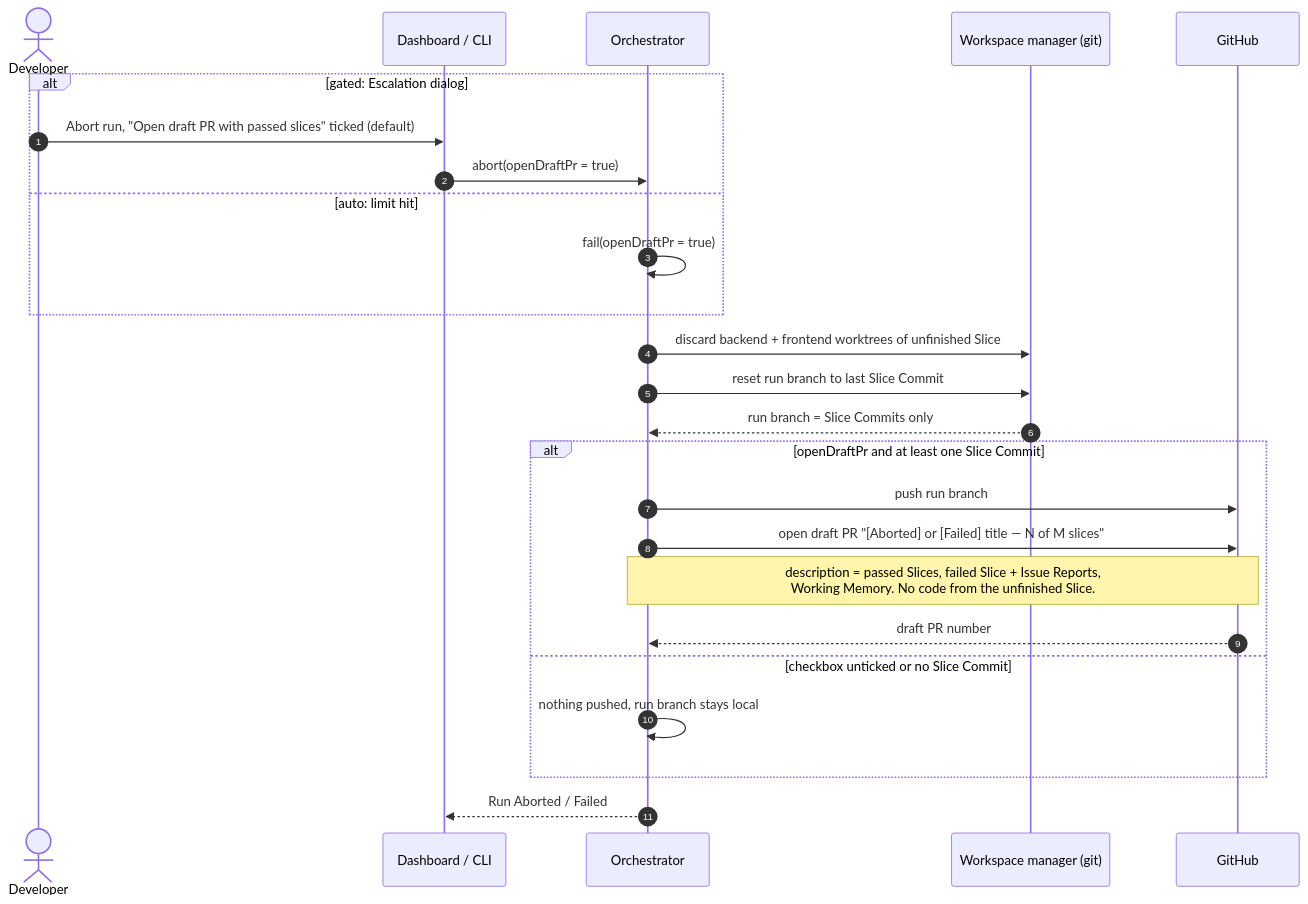
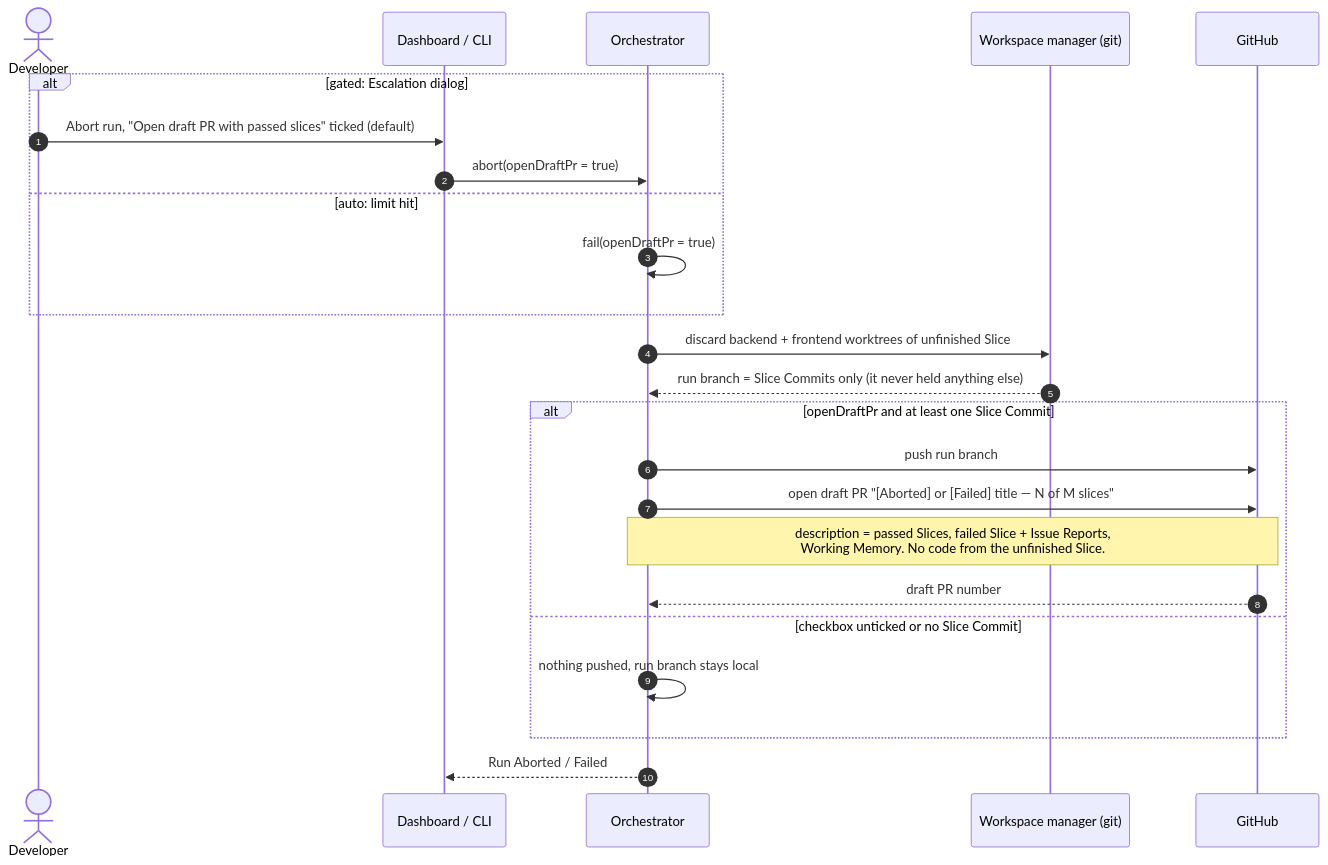
The fourth of 10 diagrams in docs/design/uml.md (ChinGuang/sdlc-code), drawn with Mermaid before and after one commit. The commit also changed other lines of this file and 11 other files, not shown here.

````diff
--- a/docs/design/uml.md
+++ b/docs/design/uml.md
@@ -285,28 +289,27 @@
 ```mermaid
 sequenceDiagram
   autonumber
   actor Dev as Developer
   participant UI as Dashboard / CLI
   participant O as Orchestrator
   participant W as Workspace manager (git)
   participant G as GitHub
 
   alt gated: Escalation dialog
     Dev->>UI: Abort run, "Open draft PR with passed slices" ticked (default)
     UI->>O: abort(openDraftPr = true)
   else auto: limit hit
     O->>O: fail(openDraftPr = true)
   end
   O->>W: discard backend + frontend worktrees of unfinished Slice
-  O->>W: reset run branch to last Slice Commit
-  W-->>O: run branch = Slice Commits only
+  W-->>O: run branch = Slice Commits only (it never held anything else)
   alt openDraftPr and at least one Slice Commit
     O->>G: push run branch
     O->>G: open draft PR "[Aborted] or [Failed] title — N of M slices"
     Note over O,G: description = passed Slices, failed Slice + Issue Reports,<br/>Working Memory. No code from the unfinished Slice.
     G-->>O: draft PR number
   else checkbox unticked or no Slice Commit
     O->>O: nothing pushed, run branch stays local
   end
   O-->>UI: Run Aborted / Failed
 ```
````
